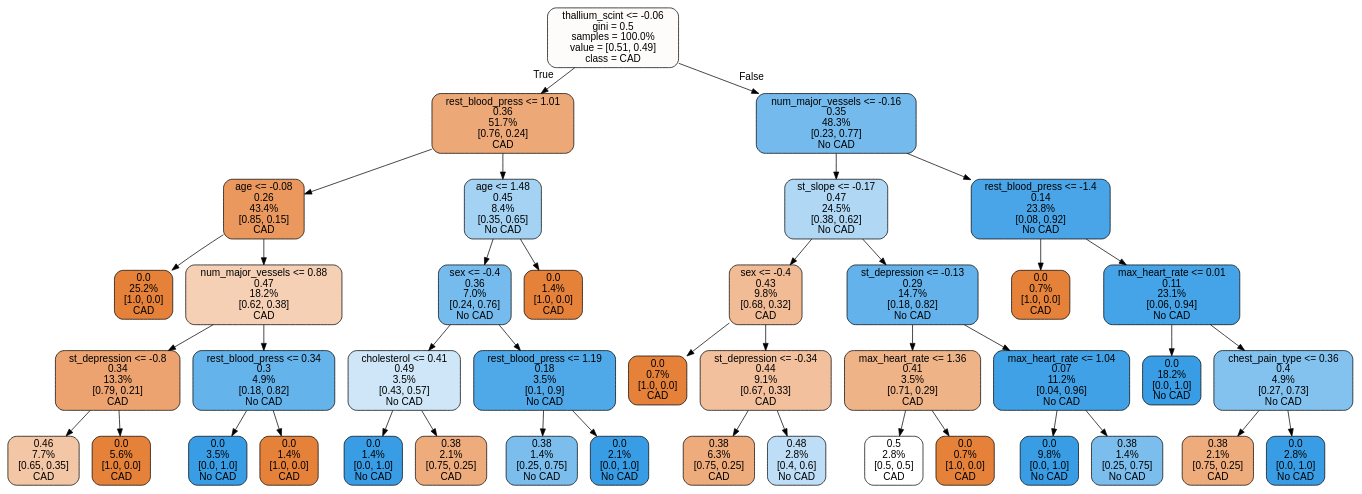
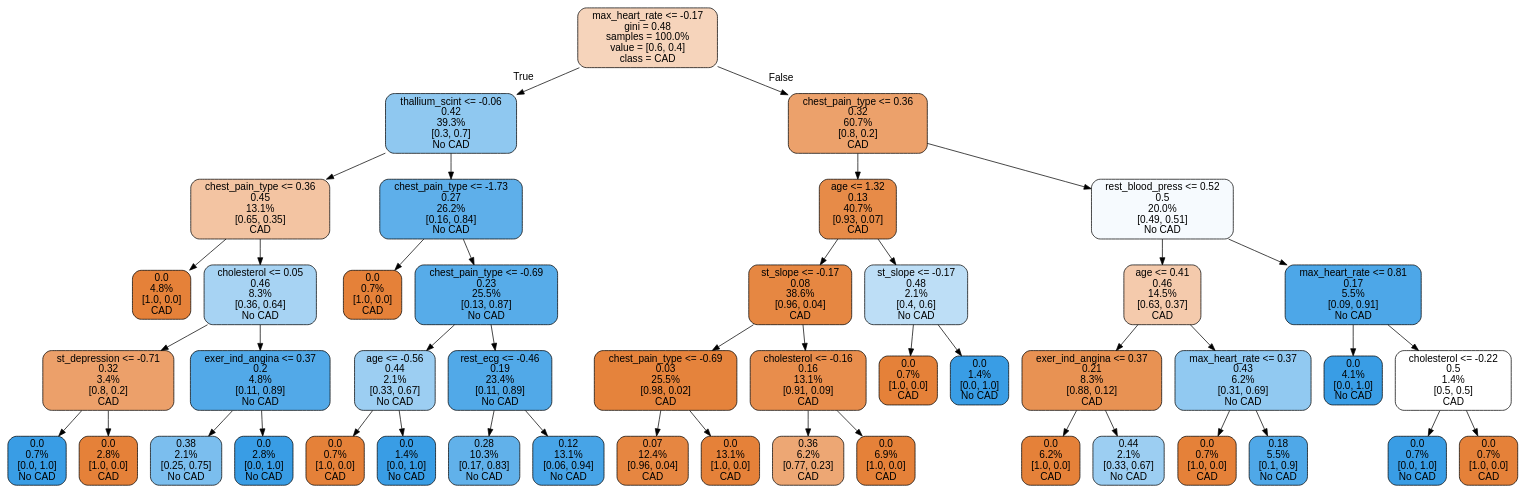
One commit to LourensWalters/cor_art_dis changed the diagram in cor_art_dis/notebooks/tree.dot. Above: the diagram before and after it, drawn with Graphviz. The commit also changed 2 other files, not shown here.

```diff
--- a/cor_art_dis/notebooks/tree.dot
+++ b/cor_art_dis/notebooks/tree.dot
@@ -1,85 +1,93 @@
 digraph Tree {
 node [shape=box, style="filled, rounded", color="black", fontname=helvetica] ;
 edge [fontname=helvetica] ;
-0 [label="thallium_scint <= -0.06\ngini = 0.5\nsamples = 100.0%\nvalue = [0.51, 0.49]\nclass = CAD", fillcolor="#fefcfa"] ;
-1 [label="rest_blood_press <= 1.01\n0.36\n51.7%\n[0.76, 0.24]\nCAD", fillcolor="#eda877"] ;
+0 [label="max_heart_rate <= -0.17\ngini = 0.48\nsamples = 100.0%\nvalue = [0.6, 0.4]\nclass = CAD", fillcolor="#f6d4bb"] ;
+1 [label="thallium_scint <= -0.06\n0.42\n39.3%\n[0.3, 0.7]\nNo CAD", fillcolor="#8fc8f0"] ;
 0 -> 1 [labeldistance=2.5, labelangle=45, headlabel="True"] ;
-2 [label="age <= -0.08\n0.26\n43.4%\n[0.85, 0.15]\nCAD", fillcolor="#ea985d"] ;
+2 [label="chest_pain_type <= 0.36\n0.45\n13.1%\n[0.65, 0.35]\nCAD", fillcolor="#f3c4a2"] ;
 1 -> 2 ;
-3 [label="0.0\n25.2%\n[1.0, 0.0]\nCAD", fillcolor="#e58139"] ;
+3 [label="0.0\n4.8%\n[1.0, 0.0]\nCAD", fillcolor="#e58139"] ;
 2 -> 3 ;
-4 [label="num_major_vessels <= 0.88\n0.47\n18.2%\n[0.62, 0.38]\nCAD", fillcolor="#f5d0b5"] ;
+4 [label="cholesterol <= 0.05\n0.46\n8.3%\n[0.36, 0.64]\nNo CAD", fillcolor="#a7d3f3"] ;
 2 -> 4 ;
-5 [label="st_depression <= -0.8\n0.34\n13.3%\n[0.79, 0.21]\nCAD", fillcolor="#eca36f"] ;
+5 [label="st_depression <= -0.71\n0.32\n3.4%\n[0.8, 0.2]\nCAD", fillcolor="#eca06a"] ;
 4 -> 5 ;
-6 [label="0.46\n7.7%\n[0.65, 0.35]\nCAD", fillcolor="#f3c6a5"] ;
+6 [label="0.0\n0.7%\n[0.0, 1.0]\nNo CAD", fillcolor="#399de5"] ;
 5 -> 6 ;
-7 [label="0.0\n5.6%\n[1.0, 0.0]\nCAD", fillcolor="#e58139"] ;
+7 [label="0.0\n2.8%\n[1.0, 0.0]\nCAD", fillcolor="#e58139"] ;
 5 -> 7 ;
-8 [label="rest_blood_press <= 0.34\n0.3\n4.9%\n[0.18, 0.82]\nNo CAD", fillcolor="#65b3eb"] ;
+8 [label="exer_ind_angina <= 0.37\n0.2\n4.8%\n[0.11, 0.89]\nNo CAD", fillcolor="#52a9e8"] ;
 4 -> 8 ;
-9 [label="0.0\n3.5%\n[0.0, 1.0]\nNo CAD", fillcolor="#399de5"] ;
+9 [label="0.38\n2.1%\n[0.25, 0.75]\nNo CAD", fillcolor="#7bbeee"] ;
 8 -> 9 ;
-10 [label="0.0\n1.4%\n[1.0, 0.0]\nCAD", fillcolor="#e58139"] ;
+10 [label="0.0\n2.8%\n[0.0, 1.0]\nNo CAD", fillcolor="#399de5"] ;
 8 -> 10 ;
-11 [label="age <= 1.48\n0.45\n8.4%\n[0.35, 0.65]\nNo CAD", fillcolor="#a4d2f3"] ;
+11 [label="chest_pain_type <= -1.73\n0.27\n26.2%\n[0.16, 0.84]\nNo CAD", fillcolor="#5eafea"] ;
 1 -> 11 ;
-12 [label="sex <= -0.4\n0.36\n7.0%\n[0.24, 0.76]\nNo CAD", fillcolor="#76bbed"] ;
+12 [label="0.0\n0.7%\n[1.0, 0.0]\nCAD", fillcolor="#e58139"] ;
 11 -> 12 ;
-13 [label="cholesterol <= 0.41\n0.49\n3.5%\n[0.43, 0.57]\nNo CAD", fillcolor="#cee6f8"] ;
-12 -> 13 ;
-14 [label="0.0\n1.4%\n[0.0, 1.0]\nNo CAD", fillcolor="#399de5"] ;
+13 [label="chest_pain_type <= -0.69\n0.23\n25.5%\n[0.13, 0.87]\nNo CAD", fillcolor="#57ace9"] ;
+11 -> 13 ;
+14 [label="age <= -0.56\n0.44\n2.1%\n[0.33, 0.67]\nNo CAD", fillcolor="#9ccef2"] ;
 13 -> 14 ;
-15 [label="0.38\n2.1%\n[0.75, 0.25]\nCAD", fillcolor="#eeab7b"] ;
-13 -> 15 ;
-16 [label="rest_blood_press <= 1.19\n0.18\n3.5%\n[0.1, 0.9]\nNo CAD", fillcolor="#4fa8e8"] ;
-12 -> 16 ;
-17 [label="0.38\n1.4%\n[0.25, 0.75]\nNo CAD", fillcolor="#7bbeee"] ;
-16 -> 17 ;
-18 [label="0.0\n2.1%\n[0.0, 1.0]\nNo CAD", fillcolor="#399de5"] ;
-16 -> 18 ;
-19 [label="0.0\n1.4%\n[1.0, 0.0]\nCAD", fillcolor="#e58139"] ;
-11 -> 19 ;
-20 [label="num_major_vessels <= -0.16\n0.35\n48.3%\n[0.23, 0.77]\nNo CAD", fillcolor="#74baed"] ;
+15 [label="0.0\n0.7%\n[1.0, 0.0]\nCAD", fillcolor="#e58139"] ;
+14 -> 15 ;
+16 [label="0.0\n1.4%\n[0.0, 1.0]\nNo CAD", fillcolor="#399de5"] ;
+14 -> 16 ;
+17 [label="rest_ecg <= -0.46\n0.19\n23.4%\n[0.11, 0.89]\nNo CAD", fillcolor="#51a9e8"] ;
+13 -> 17 ;
+18 [label="0.28\n10.3%\n[0.17, 0.83]\nNo CAD", fillcolor="#61b1ea"] ;
+17 -> 18 ;
+19 [label="0.12\n13.1%\n[0.06, 0.94]\nNo CAD", fillcolor="#47a4e7"] ;
+17 -> 19 ;
+20 [label="chest_pain_type <= 0.36\n0.32\n60.7%\n[0.8, 0.2]\nCAD", fillcolor="#eca16b"] ;
 0 -> 20 [labeldistance=2.5, labelangle=-45, headlabel="False"] ;
-21 [label="st_slope <= -0.17\n0.47\n24.5%\n[0.38, 0.62]\nNo CAD", fillcolor="#b0d8f5"] ;
+21 [label="age <= 1.32\n0.13\n40.7%\n[0.93, 0.07]\nCAD", fillcolor="#e78b48"] ;
 20 -> 21 ;
-22 [label="sex <= -0.4\n0.43\n9.8%\n[0.68, 0.32]\nCAD", fillcolor="#f1bc95"] ;
+22 [label="st_slope <= -0.17\n0.08\n38.6%\n[0.96, 0.04]\nCAD", fillcolor="#e68742"] ;
 21 -> 22 ;
-23 [label="0.0\n0.7%\n[1.0, 0.0]\nCAD", fillcolor="#e58139"] ;
+23 [label="chest_pain_type <= -0.69\n0.03\n25.5%\n[0.98, 0.02]\nCAD", fillcolor="#e5833c"] ;
 22 -> 23 ;
-24 [label="st_depression <= -0.34\n0.44\n9.1%\n[0.67, 0.33]\nCAD", fillcolor="#f2c09c"] ;
-22 -> 24 ;
-25 [label="0.38\n6.3%\n[0.75, 0.25]\nCAD", fillcolor="#eeab7b"] ;
-24 -> 25 ;
-26 [label="0.48\n2.8%\n[0.4, 0.6]\nNo CAD", fillcolor="#bddef6"] ;
-24 -> 26 ;
-27 [label="st_depression <= -0.13\n0.29\n14.7%\n[0.18, 0.82]\nNo CAD", fillcolor="#63b2eb"] ;
-21 -> 27 ;
-28 [label="max_heart_rate <= 1.36\n0.41\n3.5%\n[0.71, 0.29]\nCAD", fillcolor="#efb388"] ;
-27 -> 28 ;
-29 [label="0.5\n2.8%\n[0.5, 0.5]\nCAD", fillcolor="#ffffff"] ;
-28 -> 29 ;
+24 [label="0.07\n12.4%\n[0.96, 0.04]\nCAD", fillcolor="#e68641"] ;
+23 -> 24 ;
+25 [label="0.0\n13.1%\n[1.0, 0.0]\nCAD", fillcolor="#e58139"] ;
+23 -> 25 ;
+26 [label="cholesterol <= -0.16\n0.16\n13.1%\n[0.91, 0.09]\nCAD", fillcolor="#e88d4c"] ;
+22 -> 26 ;
+27 [label="0.36\n6.2%\n[0.77, 0.23]\nCAD", fillcolor="#eda774"] ;
+26 -> 27 ;
+28 [label="0.0\n6.9%\n[1.0, 0.0]\nCAD", fillcolor="#e58139"] ;
+26 -> 28 ;
+29 [label="st_slope <= -0.17\n0.48\n2.1%\n[0.4, 0.6]\nNo CAD", fillcolor="#bddef6"] ;
+21 -> 29 ;
 30 [label="0.0\n0.7%\n[1.0, 0.0]\nCAD", fillcolor="#e58139"] ;
-28 -> 30 ;
-31 [label="max_heart_rate <= 1.04\n0.07\n11.2%\n[0.04, 0.96]\nNo CAD", fillcolor="#41a1e6"] ;
-27 -> 31 ;
-32 [label="0.0\n9.8%\n[0.0, 1.0]\nNo CAD", fillcolor="#399de5"] ;
-31 -> 32 ;
-33 [label="0.38\n1.4%\n[0.25, 0.75]\nNo CAD", fillcolor="#7bbeee"] ;
-31 -> 33 ;
-34 [label="rest_blood_press <= -1.4\n0.14\n23.8%\n[0.08, 0.92]\nNo CAD", fillcolor="#49a5e7"] ;
-20 -> 34 ;
-35 [label="0.0\n0.7%\n[1.0, 0.0]\nCAD", fillcolor="#e58139"] ;
+29 -> 30 ;
+31 [label="0.0\n1.4%\n[0.0, 1.0]\nNo CAD", fillcolor="#399de5"] ;
+29 -> 31 ;
+32 [label="rest_blood_press <= 0.52\n0.5\n20.0%\n[0.49, 0.51]\nNo CAD", fillcolor="#f6fafe"] ;
+20 -> 32 ;
+33 [label="age <= 0.41\n0.46\n14.5%\n[0.63, 0.37]\nCAD", fillcolor="#f4caac"] ;
+32 -> 33 ;
+34 [label="exer_ind_angina <= 0.37\n0.21\n8.3%\n[0.88, 0.12]\nCAD", fillcolor="#e89253"] ;
+33 -> 34 ;
+35 [label="0.0\n6.2%\n[1.0, 0.0]\nCAD", fillcolor="#e58139"] ;
 34 -> 35 ;
-36 [label="max_heart_rate <= 0.01\n0.11\n23.1%\n[0.06, 0.94]\nNo CAD", fillcolor="#45a3e7"] ;
+36 [label="0.44\n2.1%\n[0.33, 0.67]\nNo CAD", fillcolor="#9ccef2"] ;
 34 -> 36 ;
-37 [label="0.0\n18.2%\n[0.0, 1.0]\nNo CAD", fillcolor="#399de5"] ;
-36 -> 37 ;
-38 [label="chest_pain_type <= 0.36\n0.4\n4.9%\n[0.27, 0.73]\nNo CAD", fillcolor="#83c2ef"] ;
-36 -> 38 ;
-39 [label="0.38\n2.1%\n[0.75, 0.25]\nCAD", fillcolor="#eeab7b"] ;
-38 -> 39 ;
-40 [label="0.0\n2.8%\n[0.0, 1.0]\nNo CAD", fillcolor="#399de5"] ;
-38 -> 40 ;
+37 [label="max_heart_rate <= 0.37\n0.43\n6.2%\n[0.31, 0.69]\nNo CAD", fillcolor="#91c9f1"] ;
+33 -> 37 ;
+38 [label="0.0\n0.7%\n[1.0, 0.0]\nCAD", fillcolor="#e58139"] ;
+37 -> 38 ;
+39 [label="0.18\n5.5%\n[0.1, 0.9]\nNo CAD", fillcolor="#4fa8e8"] ;
+37 -> 39 ;
+40 [label="max_heart_rate <= 0.81\n0.17\n5.5%\n[0.09, 0.91]\nNo CAD", fillcolor="#4da7e8"] ;
+32 -> 40 ;
+41 [label="0.0\n4.1%\n[0.0, 1.0]\nNo CAD", fillcolor="#399de5"] ;
+40 -> 41 ;
+42 [label="cholesterol <= -0.22\n0.5\n1.4%\n[0.5, 0.5]\nCAD", fillcolor="#ffffff"] ;
+40 -> 42 ;
+43 [label="0.0\n0.7%\n[0.0, 1.0]\nNo CAD", fillcolor="#399de5"] ;
+42 -> 43 ;
+44 [label="0.0\n0.7%\n[1.0, 0.0]\nCAD", fillcolor="#e58139"] ;
+42 -> 44 ;
 }
```
